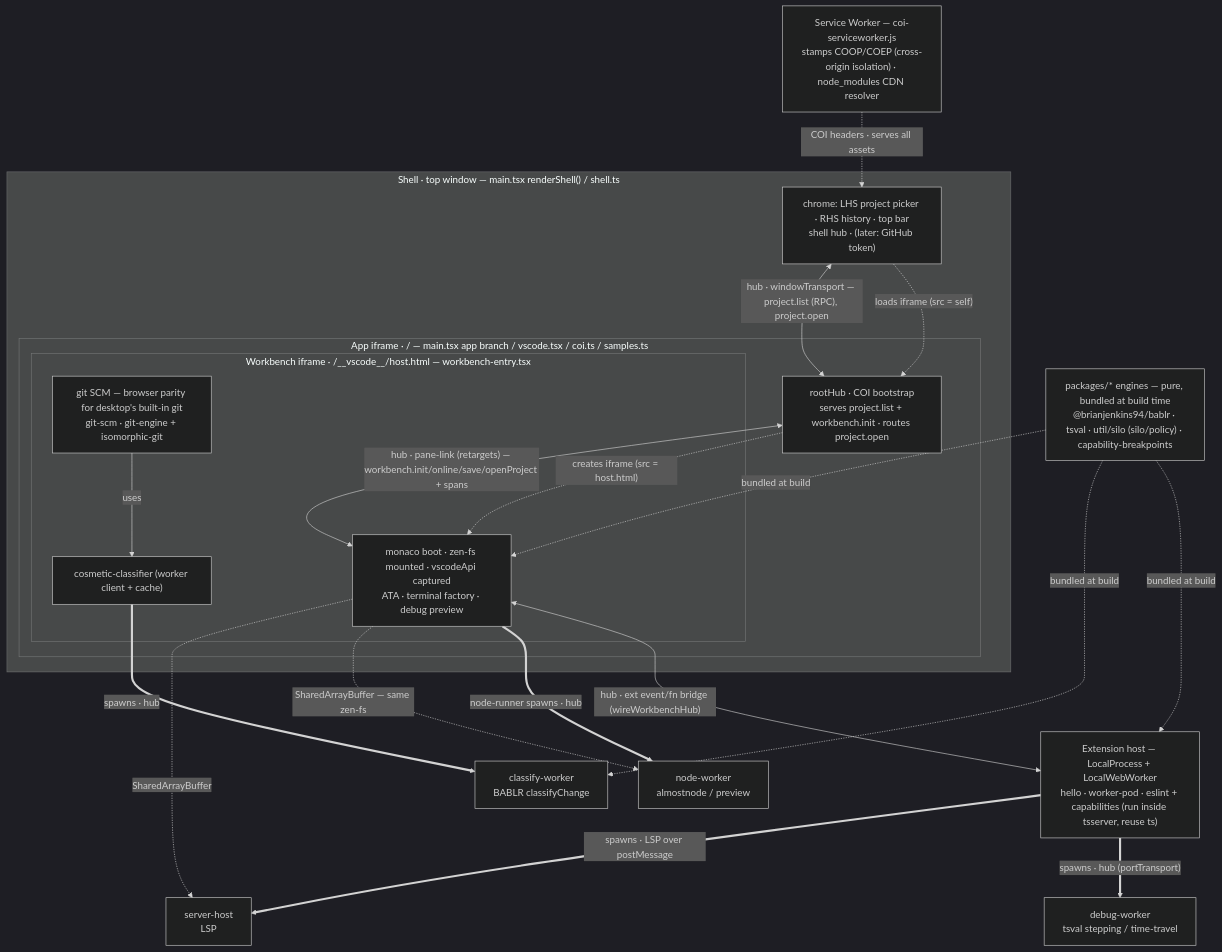
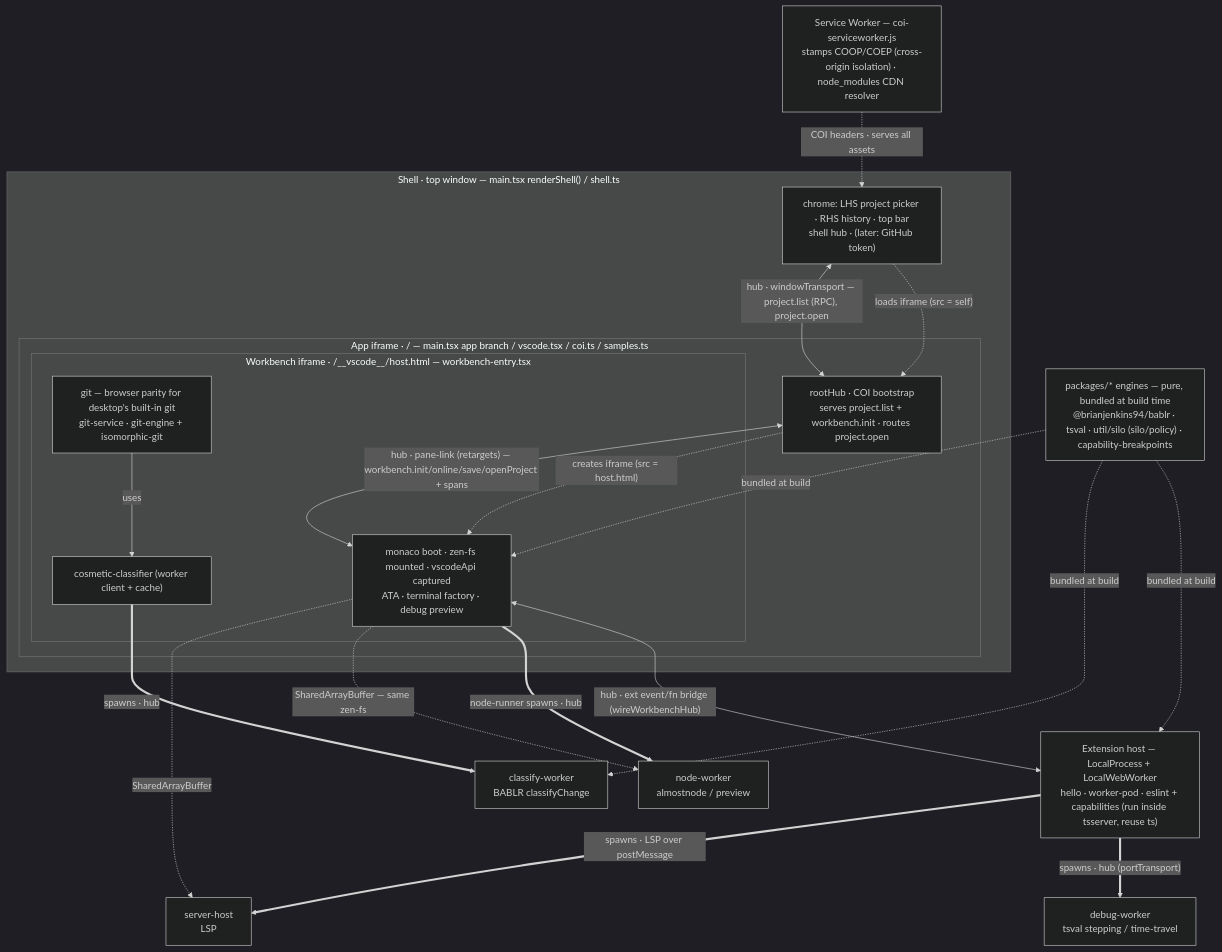
One commit to brianjenkins94/editor changed the first of 2 diagrams in packages/vscode/ARCHITECTURE.md. Above: the diagram before and after it, drawn with Mermaid (dark theme). The commit also changed other lines of this file and 9 other files, not shown here.

First line of the commit message:
vscode: Source Control is the git service's second face

````diff
--- a/packages/vscode/ARCHITECTURE.md
+++ b/packages/vscode/ARCHITECTURE.md
@@ -172,46 +172,46 @@
 ```mermaid
 flowchart TB
   SW["Service Worker — coi-serviceworker.js<br/>stamps COOP/COEP (cross-origin isolation) · node_modules CDN resolver"]
 
   subgraph SHELL["Shell · top window — main.tsx renderShell() / shell.ts"]
     S["chrome: LHS project picker · RHS history · top bar<br/>shell hub · (later: GitHub token)"]
     subgraph APP["App iframe · / — main.tsx app branch / vscode.tsx / coi.ts / samples.ts"]
       A["rootHub · COI bootstrap<br/>serves project.list + workbench.init · routes project.open"]
       subgraph WB["Workbench iframe · /__vscode__/host.html — workbench-entry.tsx"]
         W["monaco boot · zen-fs mounted · vscodeApi captured<br/>ATA · terminal factory · debug preview"]
-        GIT["git SCM — browser parity for desktop's built-in git<br/>git-scm · git-engine + isomorphic-git"]
+        GIT["git — browser parity for desktop's built-in git<br/>git-service · git-engine + isomorphic-git"]
         COS["cosmetic-classifier (worker client + cache)"]
       end
     end
   end
 
   EXT["Extension host — LocalProcess + LocalWebWorker<br/>hello · worker-pod · eslint + capabilities (run inside tsserver, reuse ts)"]
 
   NW["node-worker<br/>almostnode / preview"]
   DW["debug-worker<br/>tsval stepping / time-travel"]
   SH["server-host<br/>LSP"]
   CW["classify-worker<br/>BABLR classifyChange"]
 
   PKG["packages/* engines — pure, bundled at build time<br/>@brianjenkins94/bablr · tsval · util/silo (silo/policy) · capability-breakpoints"]
 
   S -.->|"loads iframe (src = self)"| A
   A -.->|"creates iframe (src = host.html)"| W
 
   S <-->|"hub · windowTransport — project.list (RPC), project.open"| A
   A <-->|"hub · pane-link (retargets) — workbench.init/online/save/openProject + spans"| W
   W <-->|"hub · ext event/fn bridge (wireWorkbenchHub)"| EXT
 
   W ==>|"node-runner spawns · hub"| NW
   EXT ==>|"spawns · hub (portTransport)"| DW
   EXT ==>|"spawns · LSP over postMessage"| SH
   COS ==>|"spawns · hub"| CW
   GIT -->|"uses"| COS
 
   W -.->|"SharedArrayBuffer — same zen-fs"| NW
   W -.->|"SharedArrayBuffer"| SH
 
   SW -.->|"COI headers · serves all assets"| S
   PKG -.->|"bundled at build"| W
   PKG -.->|"bundled at build"| EXT
   PKG -.->|"bundled at build"| CW
 ```
````
